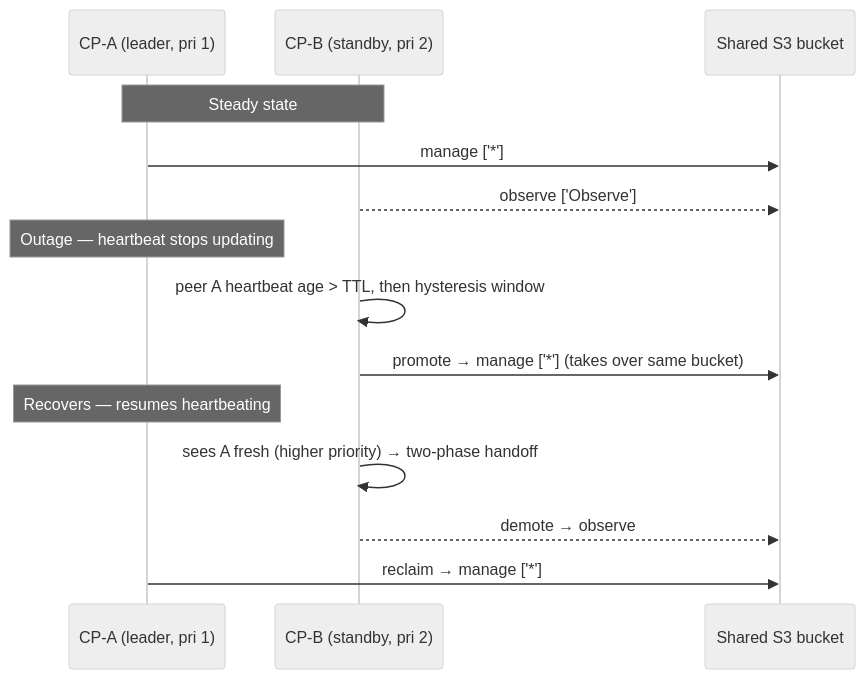
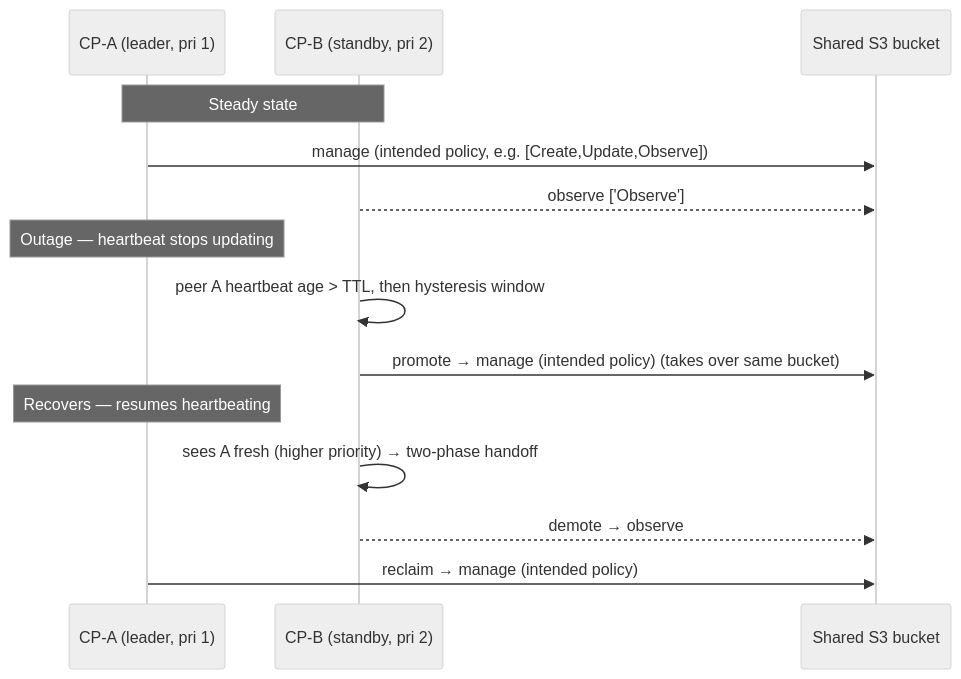
The second of 2 diagrams in docs/ARCHITECTURE.md (upbound/configuration-resilient-ctp), drawn with Mermaid (neutral theme) before and after one commit. The commit also changed other lines of this file and 1 other file, not shown here.

First line of the commit message:
docs: reflect leader-honors-intended-managementPolicies (not hardcoded ['*'])

````diff
--- a/docs/ARCHITECTURE.md
+++ b/docs/ARCHITECTURE.md
@@ -32,16 +35,16 @@
 ```mermaid
 sequenceDiagram
   participant A as CP-A (leader, pri 1)
   participant B as CP-B (standby, pri 2)
   participant S3 as Shared S3 bucket
   Note over A,B: Steady state
-  A->>S3: manage ['*']
+  A->>S3: manage (intended policy, e.g. [Create,Update,Observe])
   B-->>S3: observe ['Observe']
   Note over A: Outage — heartbeat stops updating
   B->>B: peer A heartbeat age > TTL, then hysteresis window
-  B->>S3: promote → manage ['*'] (takes over same bucket)
+  B->>S3: promote → manage (intended policy) (takes over same bucket)
   Note over A: Recovers — resumes heartbeating
   B->>B: sees A fresh (higher priority) → two-phase handoff
   B-->>S3: demote → observe
-  A->>S3: reclaim → manage ['*']
+  A->>S3: reclaim → manage (intended policy)
 ```
````
